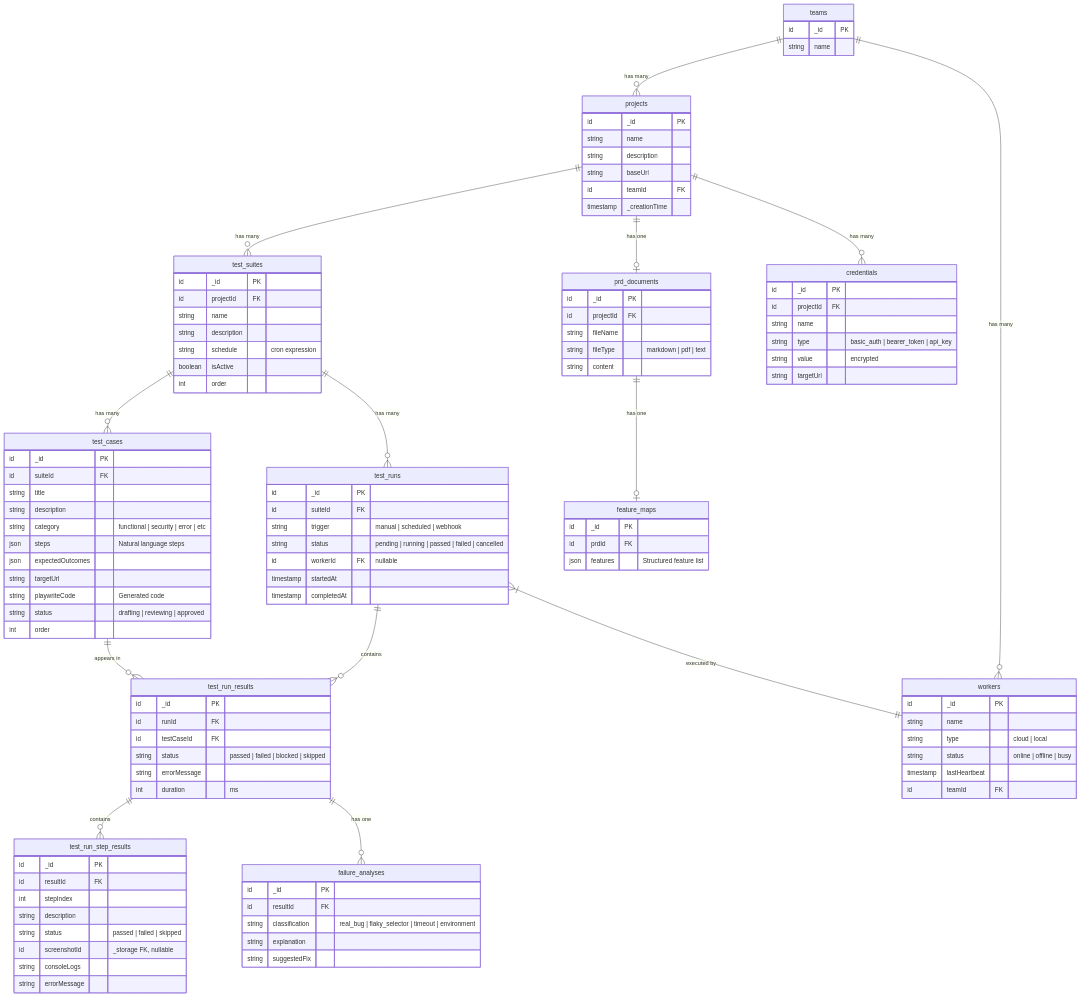
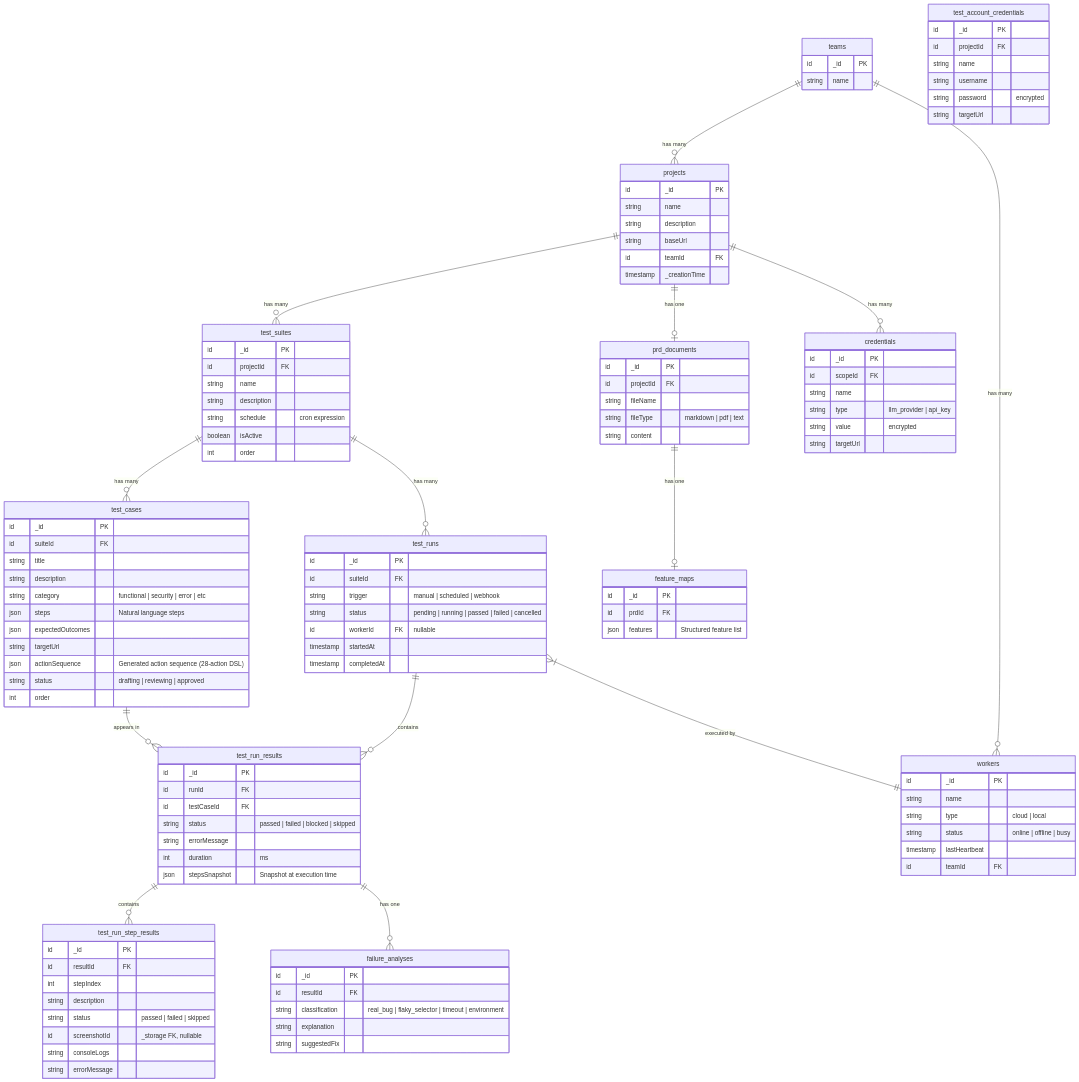
Before and after one commit to ronkristoff/msitest: diagram 18 of 21 in ARCHITECTURE.md, drawn with Mermaid. The commit also changed other lines of this file and 9 other files, not shown here.

First line of the commit message:
docs: align PRD, PLAN, ARCHITECTURE, schema, and issues 3-6 with grilling decisions

```diff
--- a/ARCHITECTURE.md
+++ b/ARCHITECTURE.md
@@ -863,7 +863,7 @@
         json steps "Natural language steps"
         json expectedOutcomes
         string targetUrl
-        string playwriteCode "Generated code"
+        json actionSequence "Generated action sequence (28-action DSL)"
         string status "drafting | reviewing | approved"
         int order
     }
@@ -885,6 +885,7 @@
         string status "passed | failed | blocked | skipped"
         string errorMessage
         int duration "ms"
+        json stepsSnapshot "Snapshot at execution time"
     }
 
     test_run_step_results {
@@ -908,10 +909,19 @@
 
     credentials {
         id _id PK
+        id scopeId FK
+        string name
+        string type "llm_provider | api_key"
+        string value "encrypted"
+        string targetUrl
+    }
+
+    test_account_credentials {
+        id _id PK
         id projectId FK
         string name
-        string type "basic_auth | bearer_token | api_key"
-        string value "encrypted"
+        string username
+        string password "encrypted"
         string targetUrl
     }
 
```
